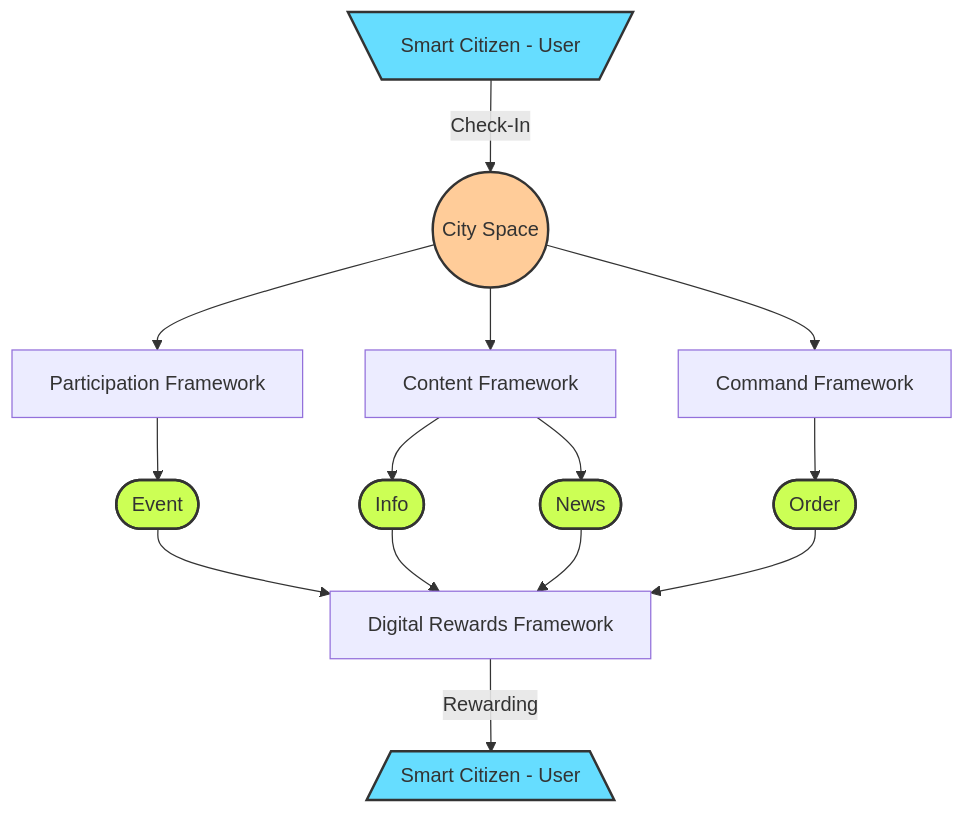
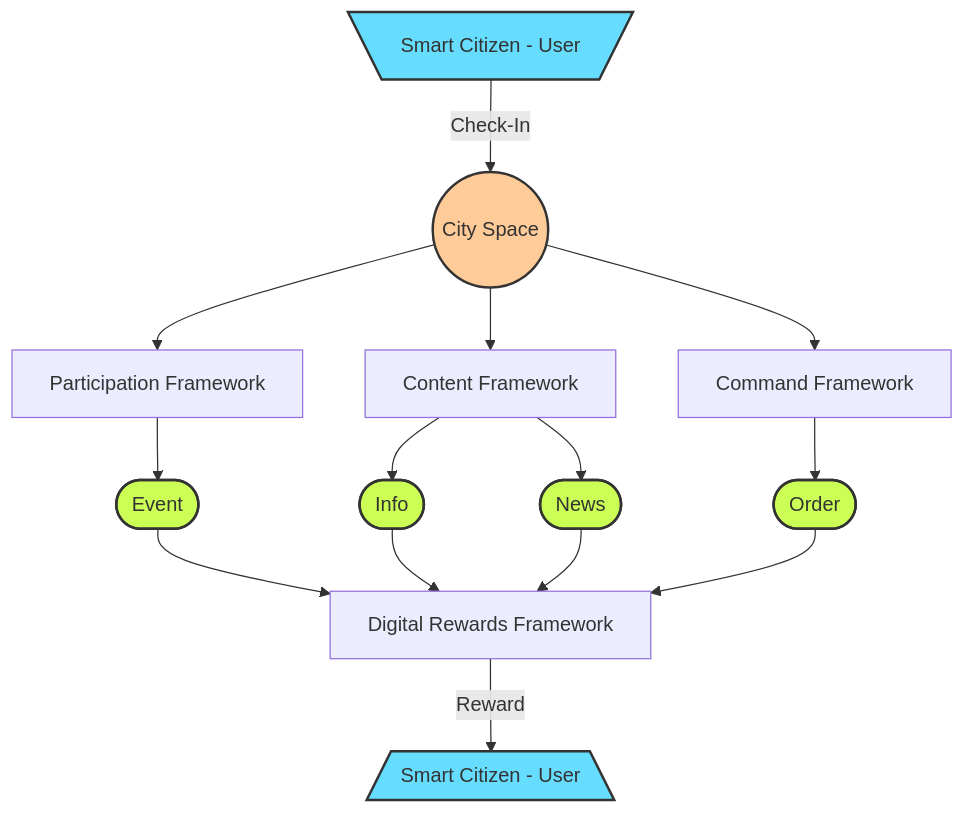
Before and after one commit to cityos-work/cityos-dev: the diagram in pages/roadmap.md, drawn with Mermaid. The commit also changed other lines of this file and 2 other files, not shown here.

````diff
--- a/pages/roadmap.md
+++ b/pages/roadmap.md
@@ -80,23 +55,23 @@
 ```mermaid
 graph TB;
     USER[\Smart Citizen - User/]-- Check-In -->SPACE((City Space));
     SPACE-->PARTICIPATION[Participation Framework];
     SPACE-->CONTENT[Content Framework];
     SPACE-->COMMAND[Command Framework];
     PARTICIPATION-->EVENT([Event]);
     CONTENT-->INFO([Info]);
     CONTENT-->NEWS([News]);
     COMMAND-->ORDER([Order]);
     EVENT-->REWARDFRAMEWORK[Digital Rewards Framework];
     INFO-->REWARDFRAMEWORK;
     NEWS-->REWARDFRAMEWORK;
     ORDER-->REWARDFRAMEWORK;
-    REWARDFRAMEWORK-- Rewarding -->REWARDEDUSER[/Smart Citizen - User\];
+    REWARDFRAMEWORK-- Reward -->REWARDEDUSER[/Smart Citizen - User\];
     style USER fill:#6df,stroke:#333,stroke-width:2px
     style REWARDEDUSER fill:#6df,stroke:#333,stroke-width:2px
     style SPACE fill:#fc9,stroke:#333,stroke-width:2px
     style ORDER fill:#CF5, stroke:#333,stroke-width:2px
     style INFO fill:#CF5, stroke:#333,stroke-width:2px
     style NEWS fill:#CF5, stroke:#333,stroke-width:2px
     style EVENT fill:#CF5, stroke:#333,stroke-width:2px 
 ```
````
